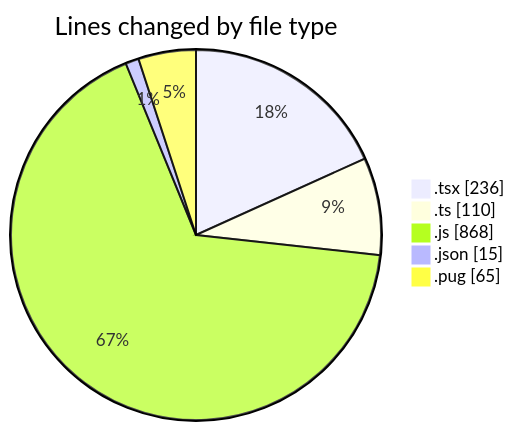
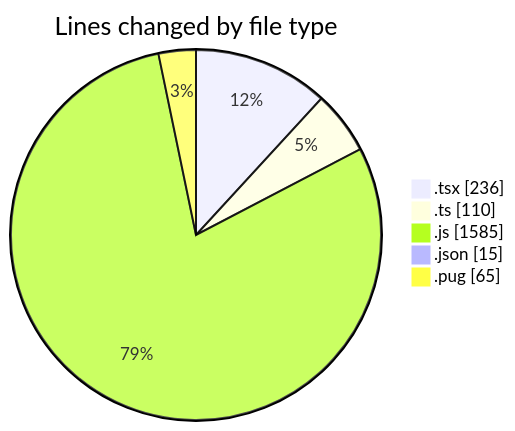
One commit to momahboobian/code-tracking changed the first of 2 diagrams in 2025-03-24/cda/README.md. Above: the diagram before and after it, drawn with Mermaid. The commit also changed other lines of this file and 1 other file, not shown here.

````diff
--- a/2025-03-24/cda/README.md
+++ b/2025-03-24/cda/README.md
@@ -29,9 +30,9 @@
 ```mermaid
 pie showData
 title Lines changed by file type
 ".tsx" : 236
 ".ts" : 110
-".js" : 868
+".js" : 1585
 ".json" : 15
 ".pug" : 65
 ```
````
